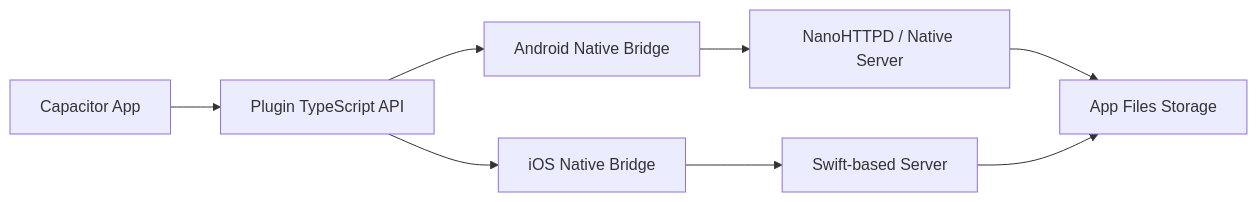
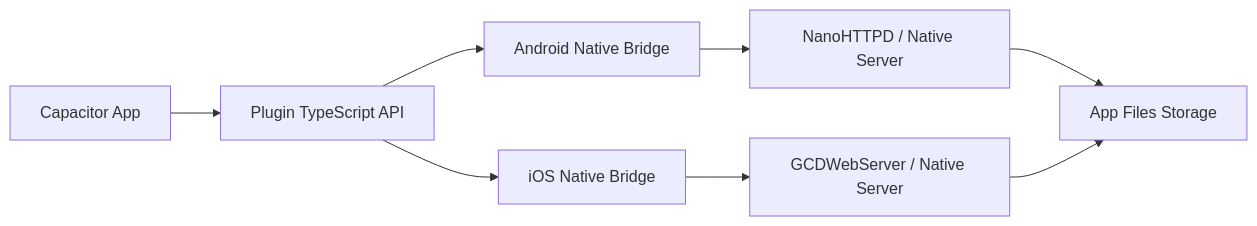
Before and after one commit to BennyZenda/capacitor-http-server: the diagram in docs/ARCHITECTURE.md, drawn with Mermaid. The commit also changed other lines of this file and 4 other files, not shown here.

````diff
--- a/docs/ARCHITECTURE.md
+++ b/docs/ARCHITECTURE.md
@@ -7,10 +7,10 @@
 ```mermaid
 graph LR
     A[Capacitor App] --> B[Plugin TypeScript API]
     B --> C[Android Native Bridge]
     B --> D[iOS Native Bridge]
     C --> E[NanoHTTPD / Native Server]
-    D --> F[Swift-based Server]
+    D --> F[GCDWebServer / Native Server]
     E --> G[App Files Storage]
     F --> G
 ```
````
